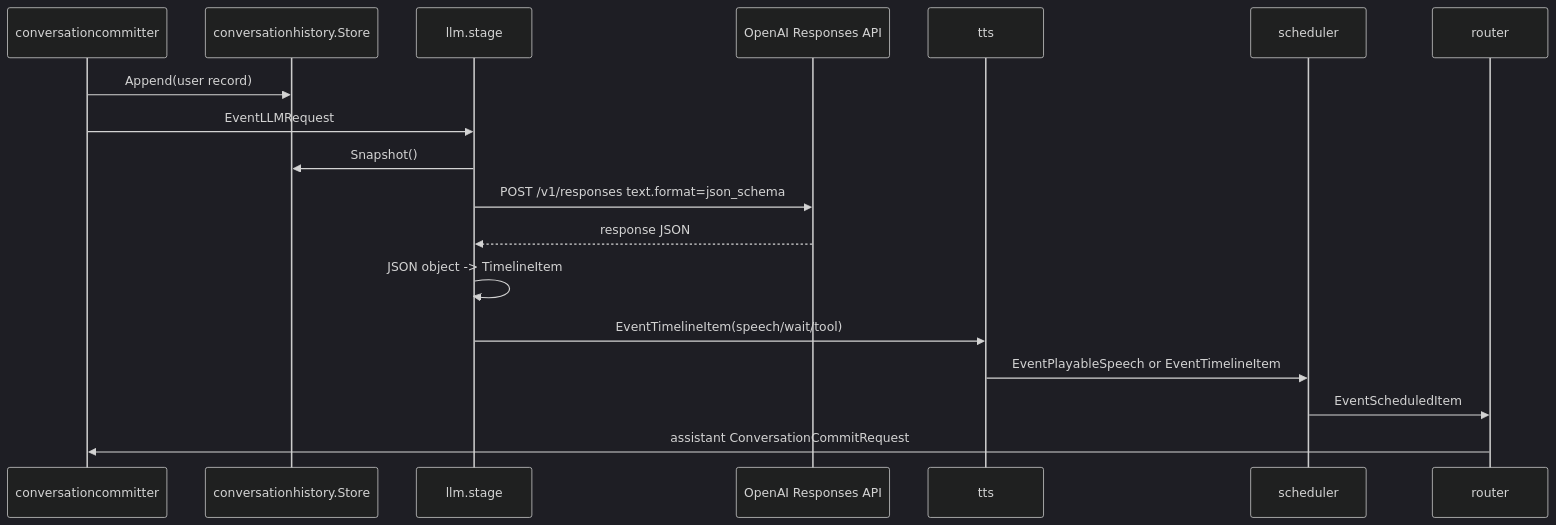
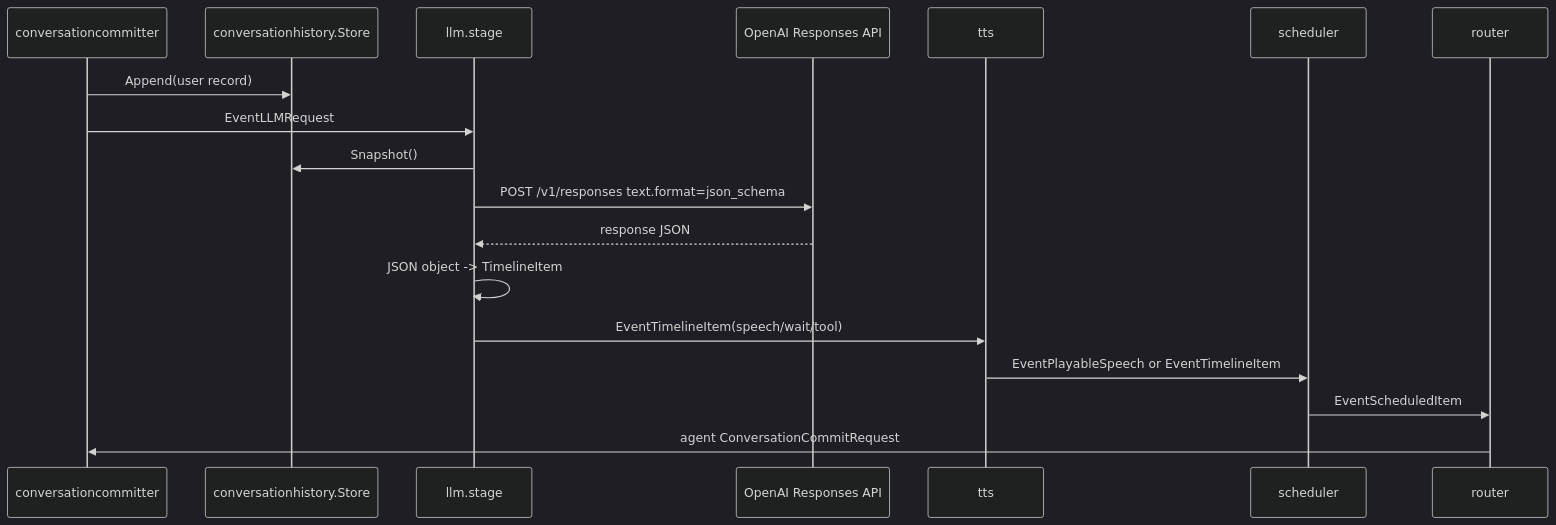
One commit to tetetratra/smart-speaker changed the first of 3 diagrams in docs/components/llm.md. Above: the diagram before and after it, drawn with Mermaid (dark theme). The commit also changed other lines of this file and 28 other files, not shown here.

````diff
--- a/docs/components/llm.md
+++ b/docs/components/llm.md
@@ -61,21 +61,21 @@
 ```mermaid
 sequenceDiagram
   participant Committer as conversationcommitter
   participant History as conversationhistory.Store
   participant LLM as llm.stage
   participant OpenAI as OpenAI Responses API
   participant TTS as tts
   participant Scheduler as scheduler
   participant Router as router
 
   Committer->>History: Append(user record)
   Committer->>LLM: EventLLMRequest
   LLM->>History: Snapshot()
   LLM->>OpenAI: POST /v1/responses text.format=json_schema
   OpenAI-->>LLM: response JSON
   LLM->>LLM: JSON object -> TimelineItem
   LLM->>TTS: EventTimelineItem(speech/wait/tool)
   TTS->>Scheduler: EventPlayableSpeech or EventTimelineItem
   Scheduler->>Router: EventScheduledItem
-  Router->>Committer: assistant ConversationCommitRequest
+  Router->>Committer: agent ConversationCommitRequest
 ```
````
